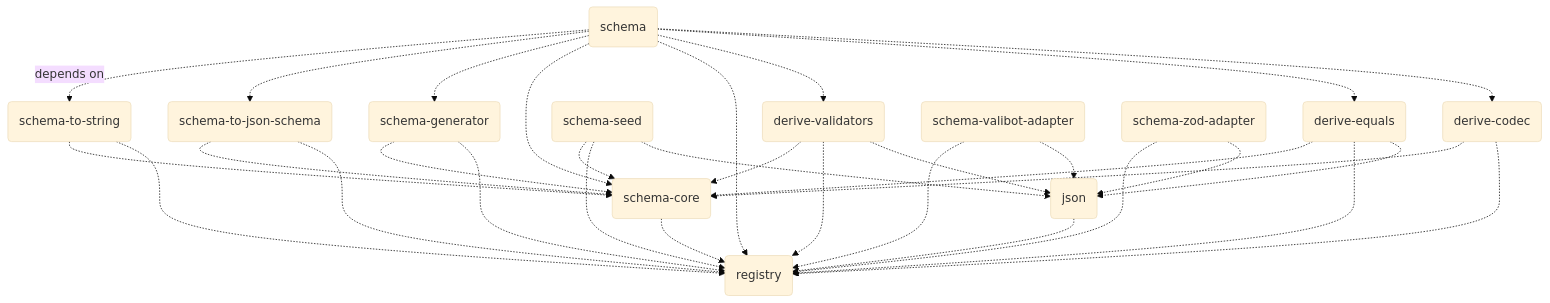
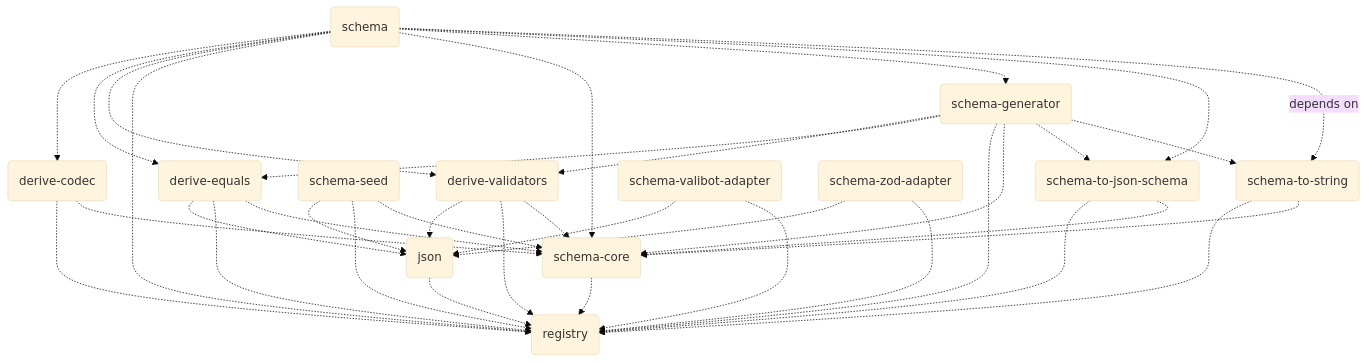
Before and after one commit to traversable/schema: the diagram in README.md, drawn with Mermaid (base theme). The commit also changed 175 other files, not shown here.

````diff
--- a/README.md
+++ b/README.md
@@ -382,35 +382,39 @@
 ```mermaid
 flowchart TD
     registry(registry)
     json(json) -.-> registry(registry)
     schema-core(schema-core) -.-> registry(registry)
     derive-codec(derive-codec) -.-> registry(registry)
     derive-codec(derive-codec) -.-> schema-core(schema-core)
     derive-equals(derive-equals) -.-> json(json)
     derive-equals(derive-equals) -.-> registry(registry)
     derive-equals(derive-equals) -.-> schema-core(schema-core)
     derive-validators(derive-validators) -.-> json(json)
     derive-validators(derive-validators) -.-> registry(registry)
     derive-validators(derive-validators) -.-> schema-core(schema-core)
-    schema-generator(schema-generator) -.-> registry(registry)
-    schema-generator(schema-generator) -.-> schema-core(schema-core)
     schema-seed(schema-seed) -.-> json(json)
     schema-seed(schema-seed) -.-> registry(registry)
     schema-seed(schema-seed) -.-> schema-core(schema-core)
     schema-to-json-schema(schema-to-json-schema) -.-> registry(registry)
     schema-to-json-schema(schema-to-json-schema) -.-> schema-core(schema-core)
     schema-to-string(schema-to-string) -.-> registry(registry)
     schema-to-string(schema-to-string) -.-> schema-core(schema-core)
     schema-valibot-adapter(schema-valibot-adapter) -.-> json(json)
     schema-valibot-adapter(schema-valibot-adapter) -.-> registry(registry)
     schema-zod-adapter(schema-zod-adapter) -.-> json(json)
     schema-zod-adapter(schema-zod-adapter) -.-> registry(registry)
+    schema-generator(schema-generator) -.-> derive-validators(derive-validators)
+    schema-generator(schema-generator) -.-> derive-equals(derive-equals)
+    schema-generator(schema-generator) -.-> registry(registry)
+    schema-generator(schema-generator) -.-> schema-core(schema-core)
+    schema-generator(schema-generator) -.-> schema-to-json-schema(schema-to-json-schema)
+    schema-generator(schema-generator) -.-> schema-to-string(schema-to-string)
     schema(schema) -.-> derive-codec(derive-codec)
     schema(schema) -.-> derive-equals(derive-equals)
     schema(schema) -.-> derive-validators(derive-validators)
     schema(schema) -.-> registry(registry)
     schema(schema) -.-> schema-core(schema-core)
     schema(schema) -.-> schema-generator(schema-generator)
     schema(schema) -.-> schema-to-json-schema(schema-to-json-schema)
     schema(schema) -.depends on.-> schema-to-string(schema-to-string)
 ```
````
